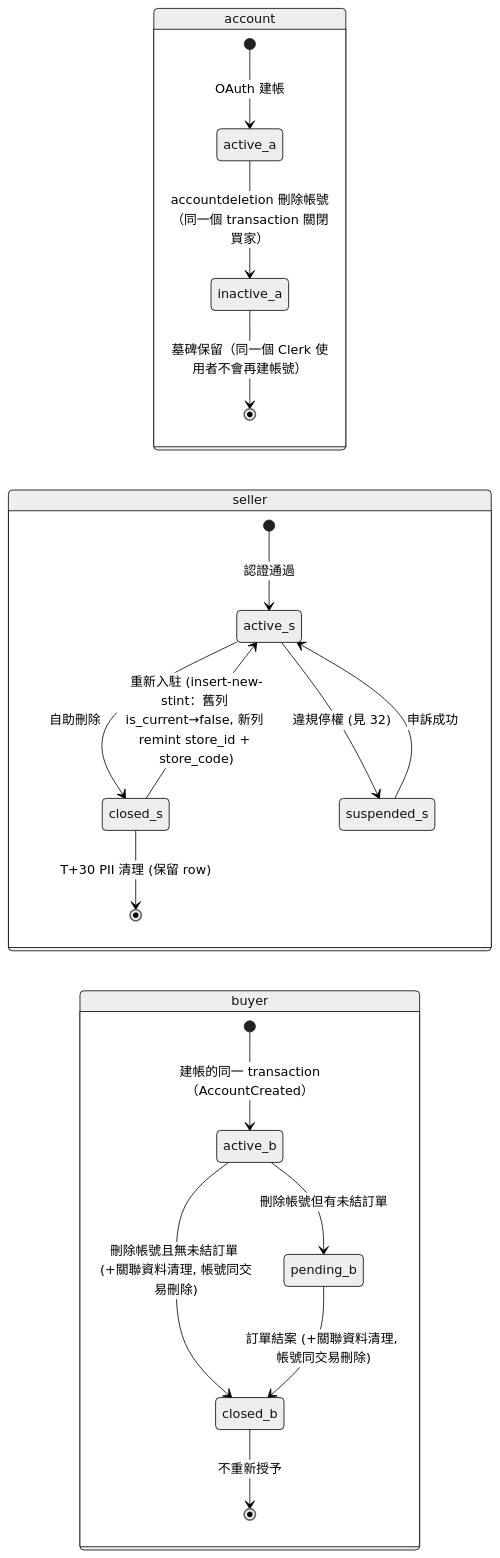
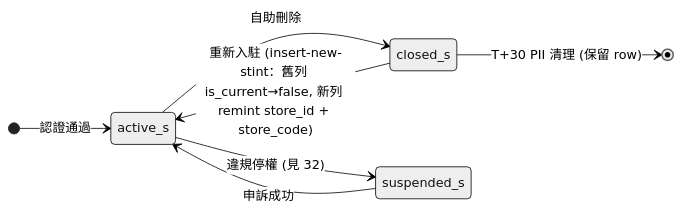
Before and after one commit to Will413028/hawkr: the fourth of 4 diagrams in backend/docs/詳細設計書/44-帳號與賣家買家身份模型（Account & Seller-Buyer Identity）詳細設計書.md, drawn with Mermaid (neutral theme). The commit also changed other lines of this file and 8 other files, not shown here.

````diff
--- a/backend/docs/詳細設計書/44-帳號與賣家買家身份模型（Account & Seller-Buyer Identity）詳細設計書.md
+++ b/backend/docs/詳細設計書/44-帳號與賣家買家身份模型（Account & Seller-Buyer Identity）詳細設計書.md
@@ -403,24 +326,10 @@
 ```mermaid
 stateDiagram-v2
   direction LR
-  state "account" as A {
-    [*] --> active_a: OAuth 建帳
-    active_a --> inactive_a: accountdeletion 刪除帳號（同一個 transaction 關閉買家）
-    inactive_a --> [*]: 墓碑保留（同一個 Clerk 使用者不會再建帳號）
-  }
-  state "seller" as S {
-    [*] --> active_s: 認證通過
-    active_s --> closed_s: 自助刪除
-    closed_s --> active_s: 重新入駐 (insert-new-stint：舊列 is_current→false, 新列 remint store_id + store_code)
-    active_s --> suspended_s: 違規停權 (見 32)
-    suspended_s --> active_s: 申訴成功
-    closed_s --> [*]: T+30 PII 清理 (保留 row)
-  }
-  state "buyer" as B {
-    [*] --> active_b: 建帳的同一 transaction（AccountCreated）
-    active_b --> pending_b: 刪除帳號但有未結訂單
-    active_b --> closed_b: 刪除帳號且無未結訂單 (+關聯資料清理, 帳號同交易刪除)
-    pending_b --> closed_b: 訂單結案 (+關聯資料清理, 帳號同交易刪除)
-    closed_b --> [*]: 不重新授予
-  }
+  [*] --> active_s: 認證通過
+  active_s --> closed_s: 自助刪除
+  closed_s --> active_s: 重新入駐 (insert-new-stint：舊列 is_current→false, 新列 remint store_id + store_code)
+  active_s --> suspended_s: 違規停權 (見 32)
+  suspended_s --> active_s: 申訴成功
+  closed_s --> [*]: T+30 PII 清理 (保留 row)
 ```
````
